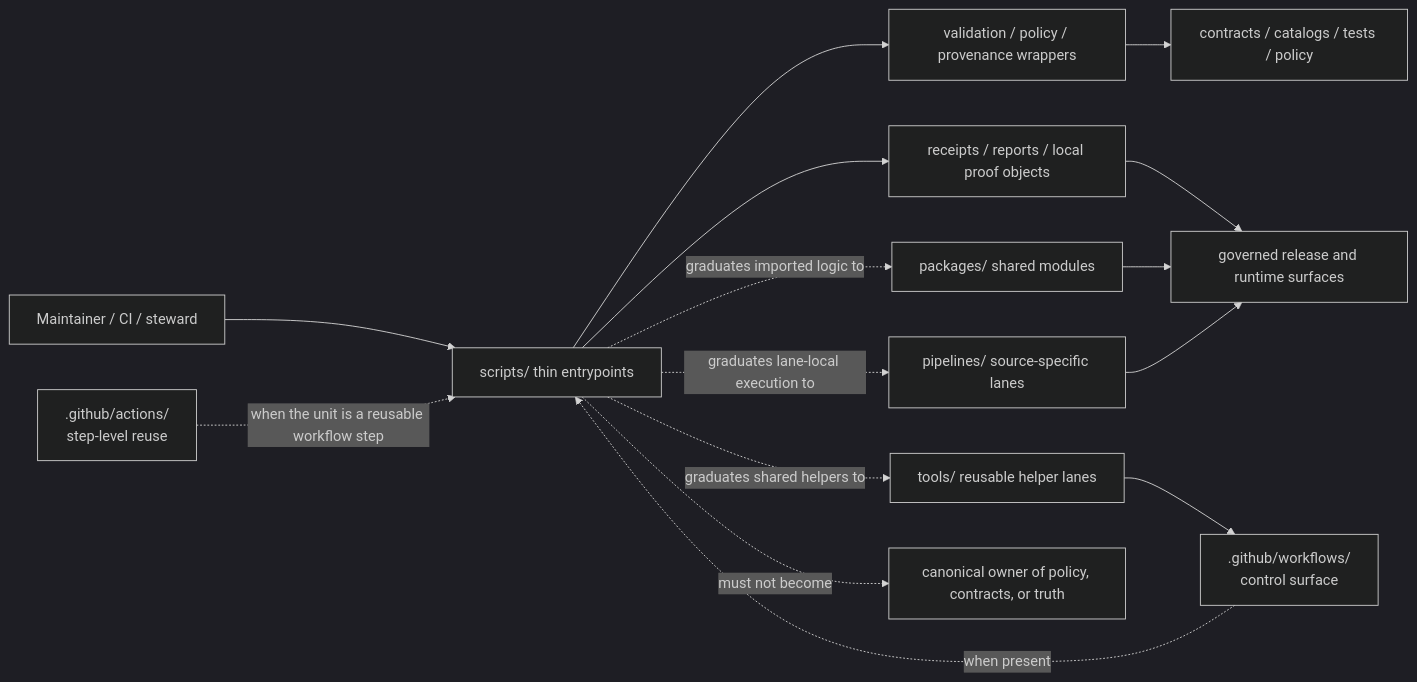
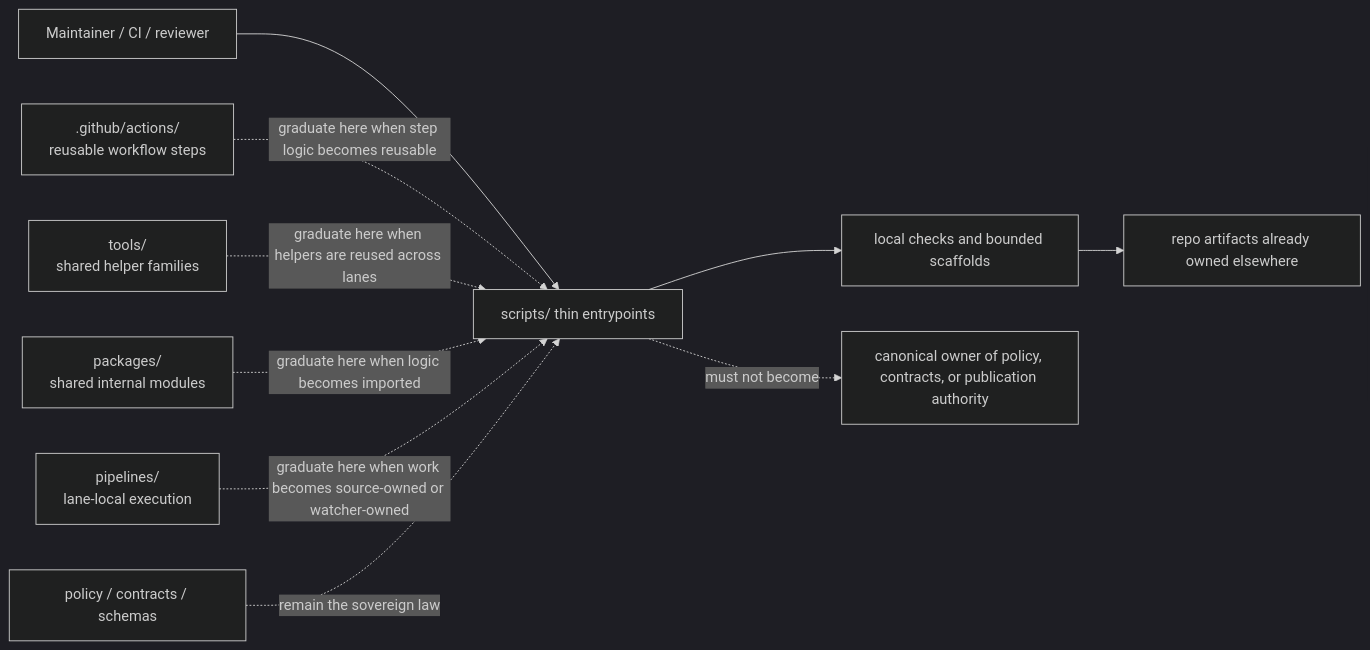
Before and after one commit to bartytime4life/Kansas-Frontier-Matrix: the diagram in scripts/README.md, drawn with Mermaid (dark theme). The commit also changed other lines of this file, not shown here.

First line of the commit message:
Revise README.md for updated scripts information

````diff
--- a/scripts/README.md
+++ b/scripts/README.md
@@ -401,21 +329,14 @@
 ```mermaid
 flowchart LR
-    A[Maintainer / CI / steward] --> B[scripts/ thin entrypoints]
+    A[Maintainer / CI / reviewer] --> B[scripts/ thin entrypoints]
+    B --> C[local checks and bounded scaffolds]
+    C --> D[repo artifacts already owned elsewhere]
 
-    J[.github/actions/<br/>step-level reuse] -. when the unit is a reusable workflow step .-> B
-    F[.github/workflows/<br/>control surface] -. when present .-> B
-    B --> C[validation / policy / provenance wrappers]
-    B --> D[receipts / reports / local proof objects]
-    B -. graduates shared helpers to .-> E[tools/ reusable helper lanes]
-    B -. graduates imported logic to .-> K[packages/ shared modules]
-    B -. graduates lane-local execution to .-> L[pipelines/ source-specific lanes]
+    J[.github/actions/<br/>reusable workflow steps] -. graduate here when step logic becomes reusable .-> B
+    K[tools/<br/>shared helper families] -. graduate here when helpers are reused across lanes .-> B
+    L[packages/<br/>shared internal modules] -. graduate here when logic becomes imported .-> B
+    M[pipelines/<br/>lane-local execution] -. graduate here when work becomes source-owned or watcher-owned .-> B
+    N[policy / contracts / schemas] -. remain the sovereign law .-> B
 
-    C --> G[contracts / catalogs / tests / policy]
-    D --> H[governed release and runtime surfaces]
-
-    E --> F
-    K --> H
-    L --> H
-
-    B -. must not become .-> I[canonical owner of policy, contracts, or truth]
+    B -. must not become .-> O[canonical owner of policy, contracts, or publication authority]
 ```
````
